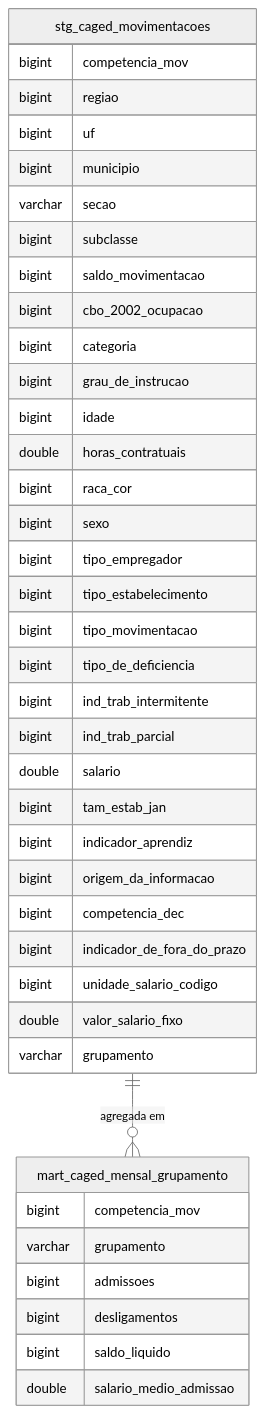
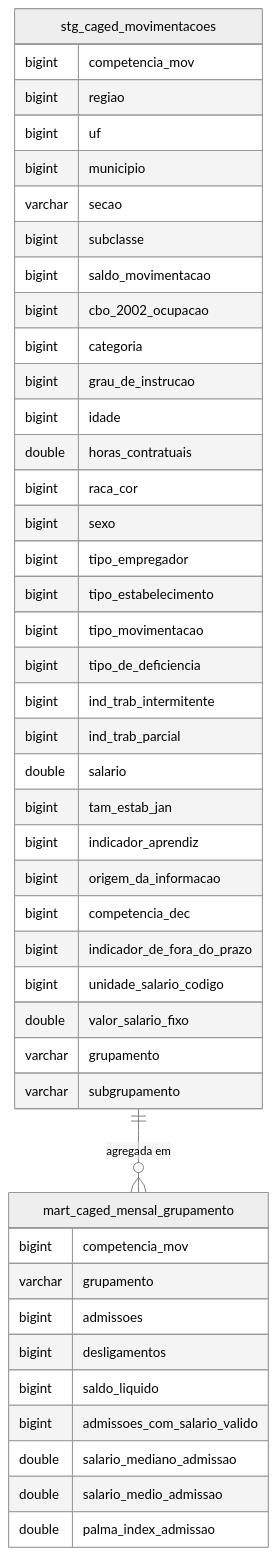
The second of 2 diagrams in README.md (raulleninis/heco-caged-datastack), drawn with Mermaid (neutral theme) before and after one commit. The commit also changed other lines of this file and 9 other files, not shown here.

````diff
--- a/README.md
+++ b/README.md
@@ -32,45 +32,49 @@
 ```mermaid
 erDiagram
     stg_caged_movimentacoes {
         bigint competencia_mov
         bigint regiao
         bigint uf
         bigint municipio
         varchar secao
         bigint subclasse
         bigint saldo_movimentacao
         bigint cbo_2002_ocupacao
         bigint categoria
         bigint grau_de_instrucao
         bigint idade
         double horas_contratuais
         bigint raca_cor
         bigint sexo
         bigint tipo_empregador
         bigint tipo_estabelecimento
         bigint tipo_movimentacao
         bigint tipo_de_deficiencia
         bigint ind_trab_intermitente
         bigint ind_trab_parcial
         double salario
         bigint tam_estab_jan
         bigint indicador_aprendiz
         bigint origem_da_informacao
         bigint competencia_dec
         bigint indicador_de_fora_do_prazo
         bigint unidade_salario_codigo
         double valor_salario_fixo
         varchar grupamento
+        varchar subgrupamento
     }
 
     mart_caged_mensal_grupamento {
         bigint competencia_mov
         varchar grupamento
         bigint admissoes
         bigint desligamentos
         bigint saldo_liquido
+        bigint admissoes_com_salario_valido
+        double salario_mediano_admissao
         double salario_medio_admissao
+        double palma_index_admissao
     }
 
     stg_caged_movimentacoes ||--o{ mart_caged_mensal_grupamento : "agregada em"
 ```
````
